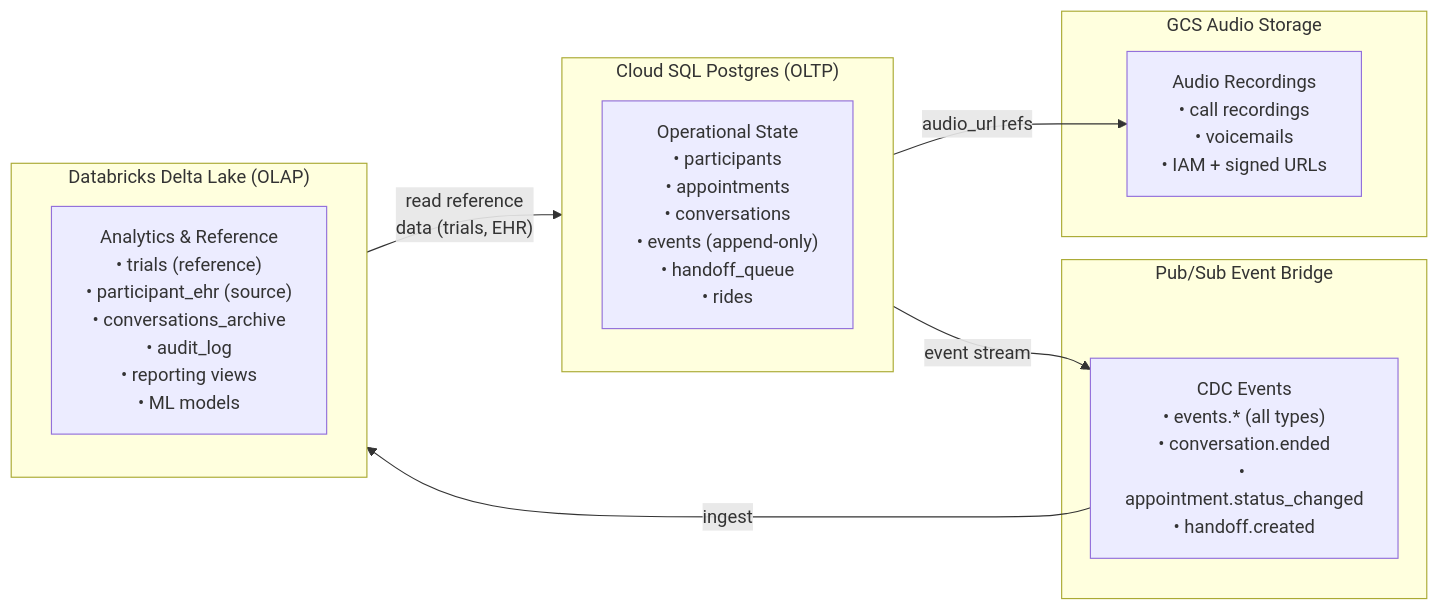
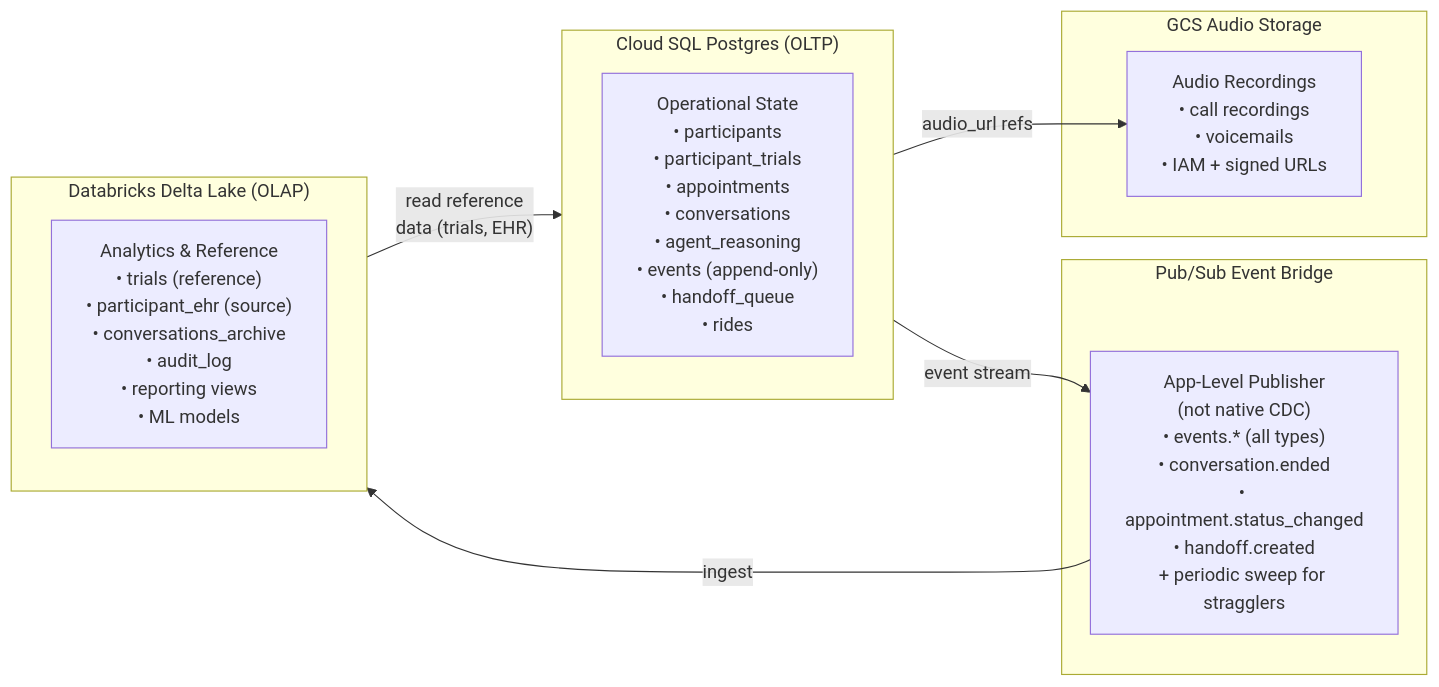
The sixth of 10 diagrams in local_docs/ask_mary_plan.md (wilsonwolf/ask_mary), drawn with Mermaid before and after one commit. The commit also changed other lines of this file and 1 other file, not shown here.

First line of the commit message:
docs: DNC/opt-out, handoff warm transfer, idempotency, data model, checklist restructure

````diff
--- a/local_docs/ask_mary_plan.md
+++ b/local_docs/ask_mary_plan.md
@@ -786,25 +801,25 @@
 ```mermaid
 graph LR
     subgraph "Cloud SQL Postgres (OLTP)"
         direction TB
-        PG["Operational State<br/>• participants<br/>• appointments<br/>• conversations<br/>• events (append-only)<br/>• handoff_queue<br/>• rides"]
+        PG["Operational State<br/>• participants<br/>• participant_trials<br/>• appointments<br/>• conversations<br/>• agent_reasoning<br/>• events (append-only)<br/>• handoff_queue<br/>• rides"]
     end
 
     subgraph "Pub/Sub Event Bridge"
-        PS["CDC Events<br/>• events.* (all types)<br/>• conversation.ended<br/>• appointment.status_changed<br/>• handoff.created"]
+        PS["App-Level Publisher<br/>(not native CDC)<br/>• events.* (all types)<br/>• conversation.ended<br/>• appointment.status_changed<br/>• handoff.created<br/>+ periodic sweep for stragglers"]
     end
 
     subgraph "Databricks Delta Lake (OLAP)"
         direction TB
         DB["Analytics & Reference<br/>• trials (reference)<br/>• participant_ehr (source)<br/>• conversations_archive<br/>• audit_log<br/>• reporting views<br/>• ML models"]
     end
 
     subgraph "GCS Audio Storage"
         GCS["Audio Recordings<br/>• call recordings<br/>• voicemails<br/>• IAM + signed URLs"]
     end
 
     PG -->|"event stream"| PS
     PS -->|"ingest"| DB
     DB -->|"read reference<br/>data (trials, EHR)"| PG
     PG -->|"audio_url refs"| GCS
 ```
````
